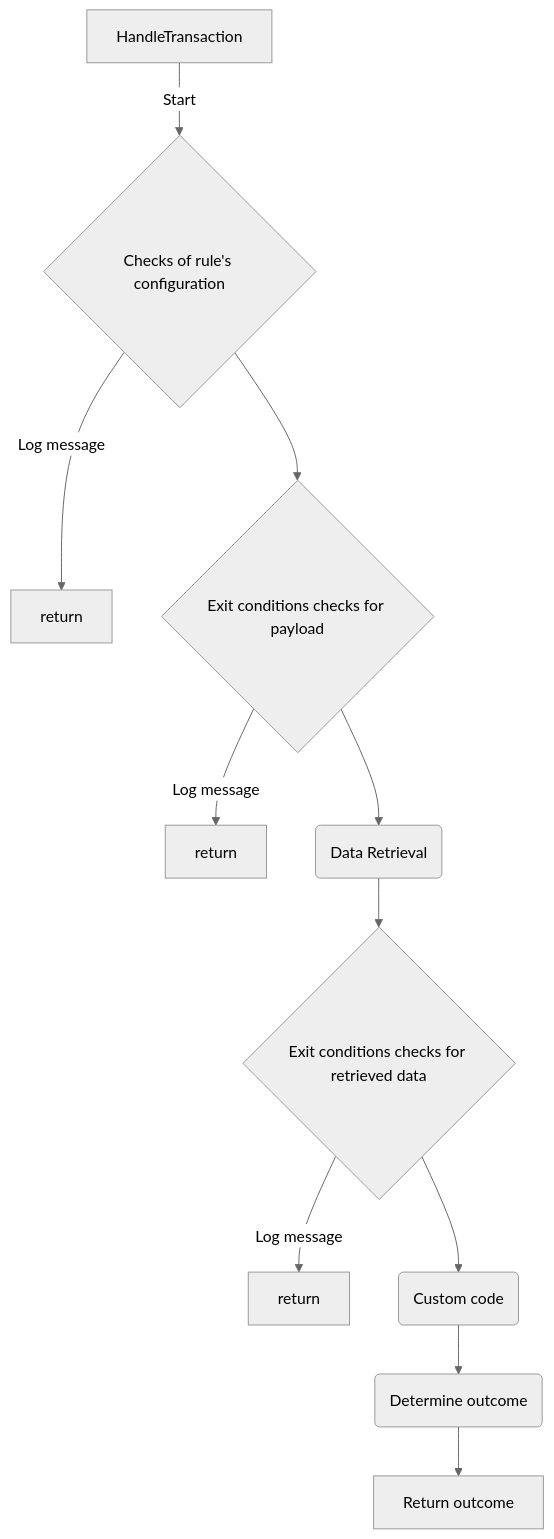
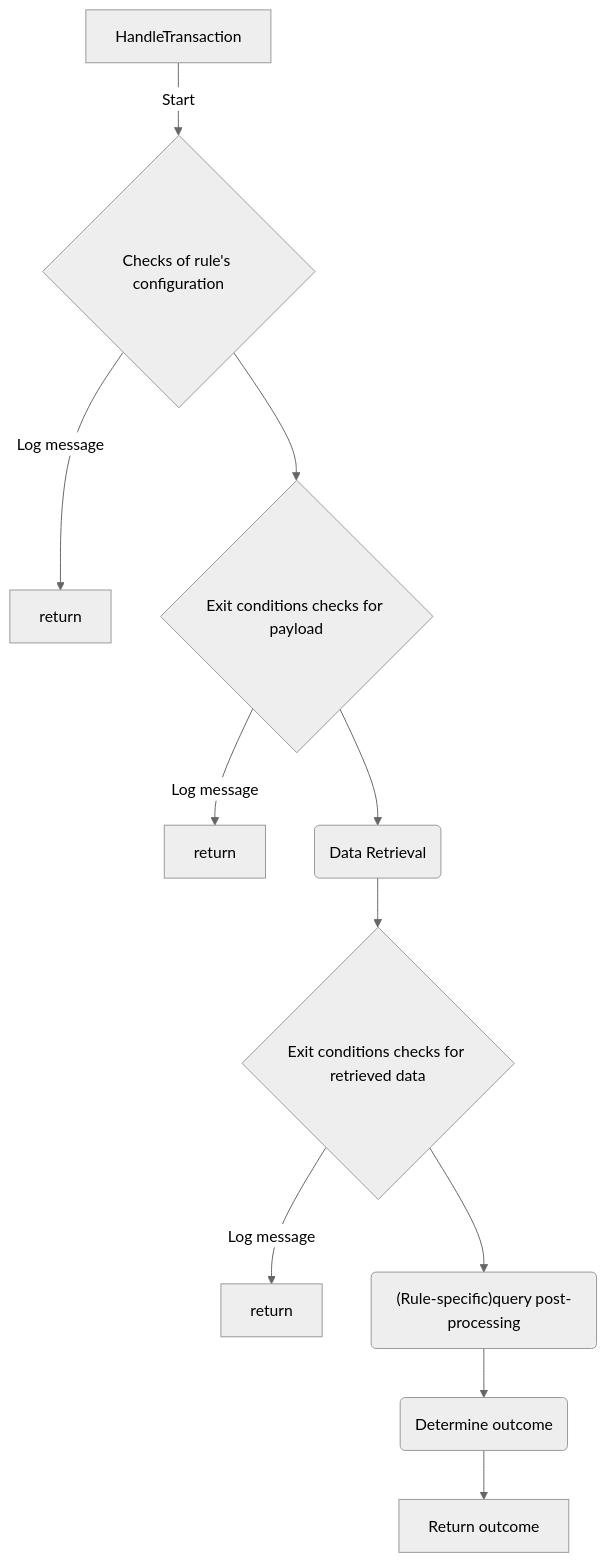
The diagram in README.md (tazama-lf/rule-901), drawn with Mermaid (neutral theme) before and after one commit. The commit also changed other lines of this file, not shown here.

Commit message:
docs: fix errors on diagram, parse

````diff
--- a/README.md
+++ b/README.md
@@ -87,14 +85,14 @@
 ```mermaid
 flowchart TD
      A[HandleTransaction] --> |Start| B{Checks of rule's configuration}
     B --> |Log message| D[return]
     B --> C{Exit conditions checks for payload}
     C --> |Log message| K[return]
     C --> E(Data Retrieval)
     E --> F{Exit conditions checks for retrieved data}
     F --> |Log message| J[return]
-    F --> L(Custom code)
+    F --> L("(Rule-specific)query post-processing")
     L --> U(Determine outcome)
     U --> Q[Return outcome]    
 
 ```
````
